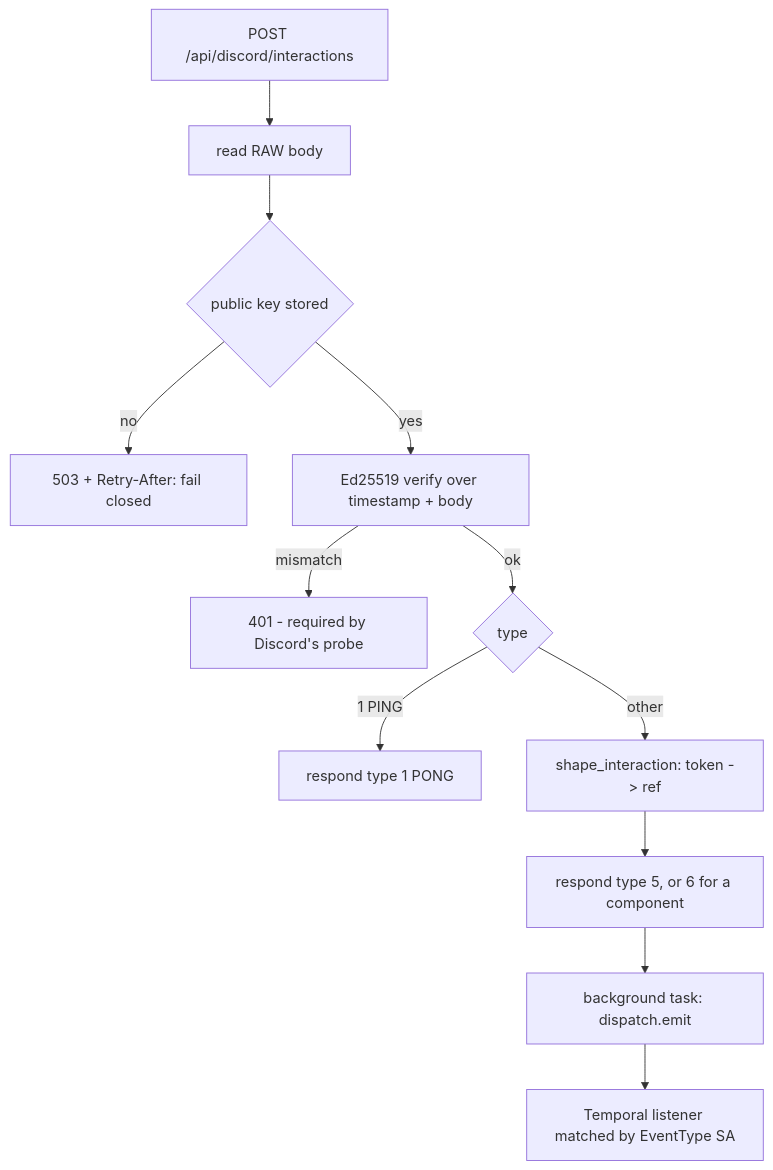
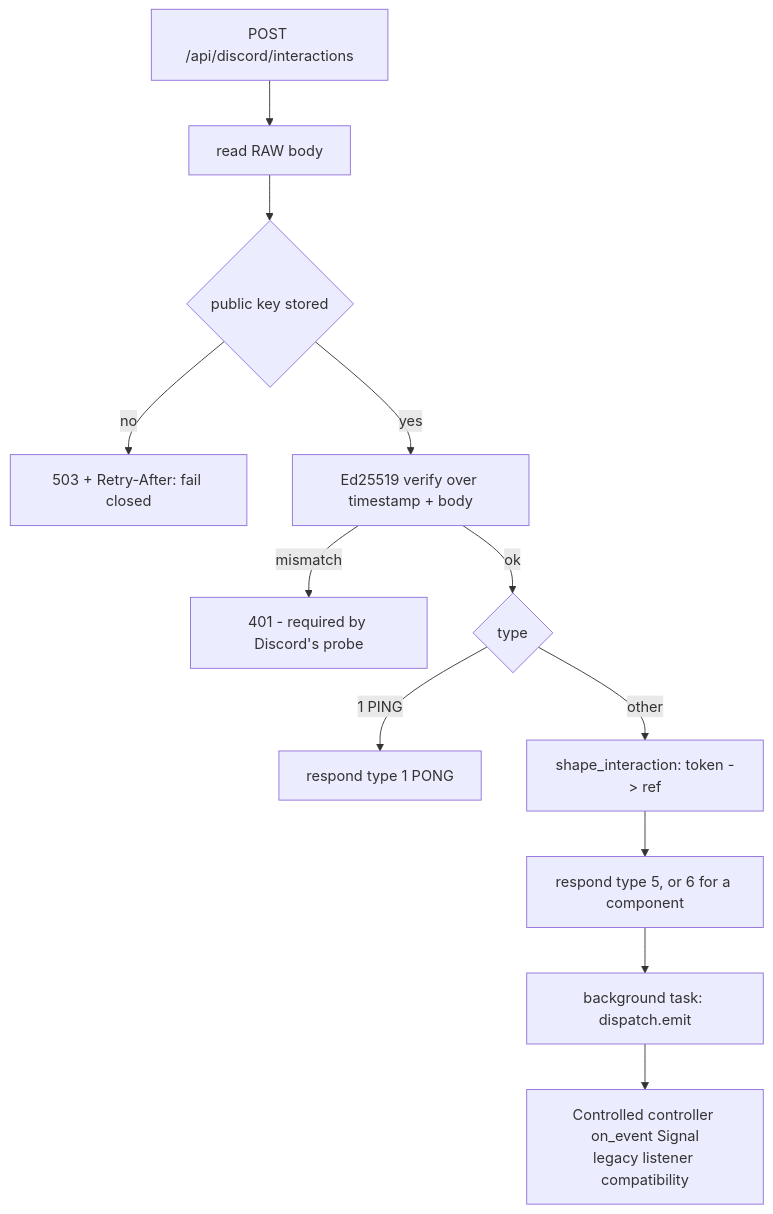
One commit to Addval-Connect/OpenCompany changed the diagram in docs-internal/node-logic-flows/discord/discordInteraction.md. Above: the diagram before and after it, drawn with Mermaid. The commit also changed other lines of this file and 126 other files, not shown here.

````diff
--- a/docs-internal/node-logic-flows/discord/discordInteraction.md
+++ b/docs-internal/node-logic-flows/discord/discordInteraction.md
@@ -63,14 +64,14 @@
 ```mermaid
 flowchart TD
   A[POST /api/discord/interactions] --> B[read RAW body]
   B --> C{public key stored}
   C -- no --> R503[503 + Retry-After: fail closed]
   C -- yes --> D[Ed25519 verify over timestamp + body]
   D -- mismatch --> R401[401 - required by Discord's probe]
   D -- ok --> E{type}
   E -- 1 PING --> P[respond type 1 PONG]
   E -- other --> F[shape_interaction: token -> ref]
   F --> G[respond type 5, or 6 for a component]
   G --> H[background task: dispatch.emit]
-  H --> I[Temporal listener matched by EventType SA]
+  H --> I[Controlled controller on_event Signal<br/>legacy listener compatibility]
 ```
````
